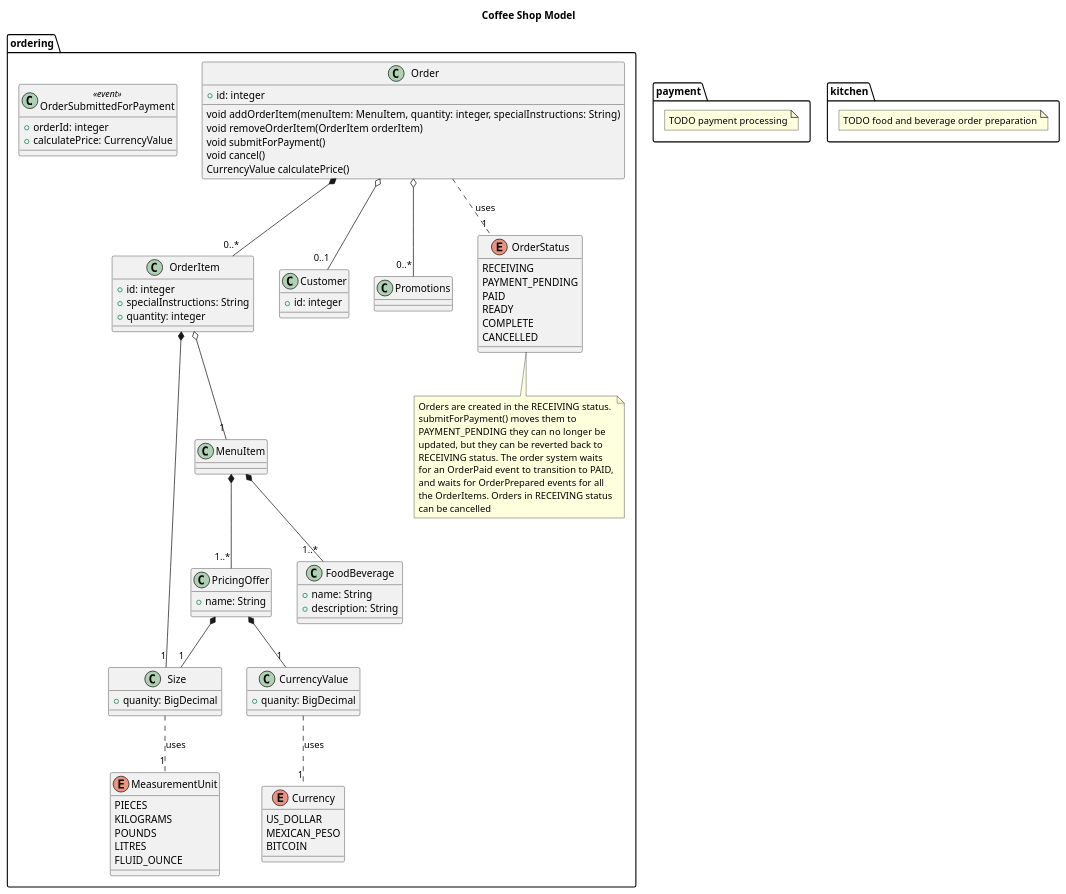
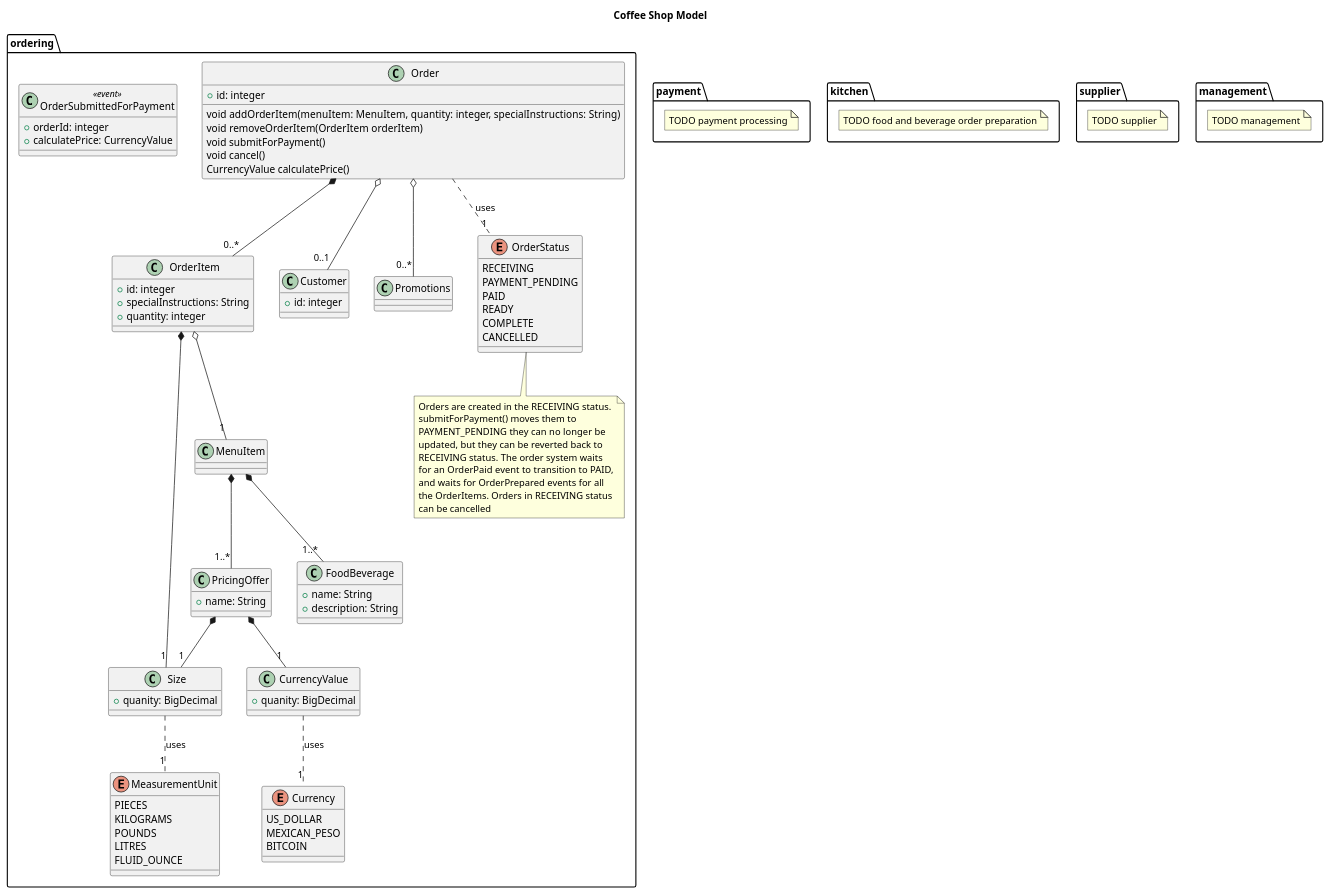
Before and after one commit to GregT-Magenic/cofee-shop: the diagram in model.pu, drawn with PlantUML. The commit also changed 1 other file, not shown here.

```diff
--- a/model.pu
+++ b/model.pu
@@ -1,100 +1,112 @@
 @startuml
 
 title Coffee Shop Model
 
 namespace ordering {
 
   class Order {
     +id: integer
     void addOrderItem(menuItem: MenuItem, quantity: integer, specialInstructions: String)
     void removeOrderItem(OrderItem orderItem)
     void submitForPayment()
     void cancel()
     CurrencyValue calculatePrice()
   }
   Order *-- "0..*" OrderItem
   Order o-- "0..1" Customer
   Order o-- "0..*" Promotions
   Order .. "1" OrderStatus: uses
 
   class OrderSubmittedForPayment <<event>> {
     +orderId: integer
     +calculatePrice: CurrencyValue
   }
 
   enum OrderStatus {
     RECEIVING
     PAYMENT_PENDING
     PAID
     READY
     COMPLETE
     CANCELLED
   }
   note "Orders are created in the RECEIVING status.\nsubmitForPayment() moves them to\nPAYMENT_PENDING they can no longer be\nupdated, but they can be reverted back to\nRECEIVING status. The order system waits\nfor an OrderPaid event to transition to PAID,\nand waits for OrderPrepared events for all\nthe OrderItems. Orders in RECEIVING status\ncan be cancelled" as n1
   OrderStatus .. n1
 
   class Customer {
     +id: integer
   }
 
   class OrderItem {
     +id: integer
     +specialInstructions: String
     +quantity: integer
   }
   OrderItem o-- "1" MenuItem
   OrderItem *-- "1" Size
 
   MenuItem *-- "1..*" FoodBeverage
   MenuItem *-- "1..*" PricingOffer
 
     class FoodBeverage {
     +name: String
     +description: String
   }
 
   class PricingOffer {
     +name: String
   }
   PricingOffer *-- "1" Size
   PricingOffer *-- "1" CurrencyValue
 
   class Size {
     +quanity: BigDecimal
   }
   Size .. "1" MeasurementUnit: uses
 
   enum MeasurementUnit {
     PIECES
     KILOGRAMS
     POUNDS
     LITRES
     FLUID_OUNCE
   }
 
   class CurrencyValue {
     +quanity: BigDecimal
   }
   CurrencyValue .. "1" Currency: uses
 
   enum Currency {
     US_DOLLAR
     MEXICAN_PESO
     BITCOIN
   }
 
 }
 
 namespace payment {
 
   note "TODO payment processing" as n1
 
 }
 
 namespace kitchen {
 
   note "TODO food and beverage order preparation" as n1
 
 }
 
+namespace supplier {
+
+  note "TODO supplier" as n1
+
+}
+
+namespace management {
+
+  note "TODO management" as n1
+
+}
+
 @enduml
```
